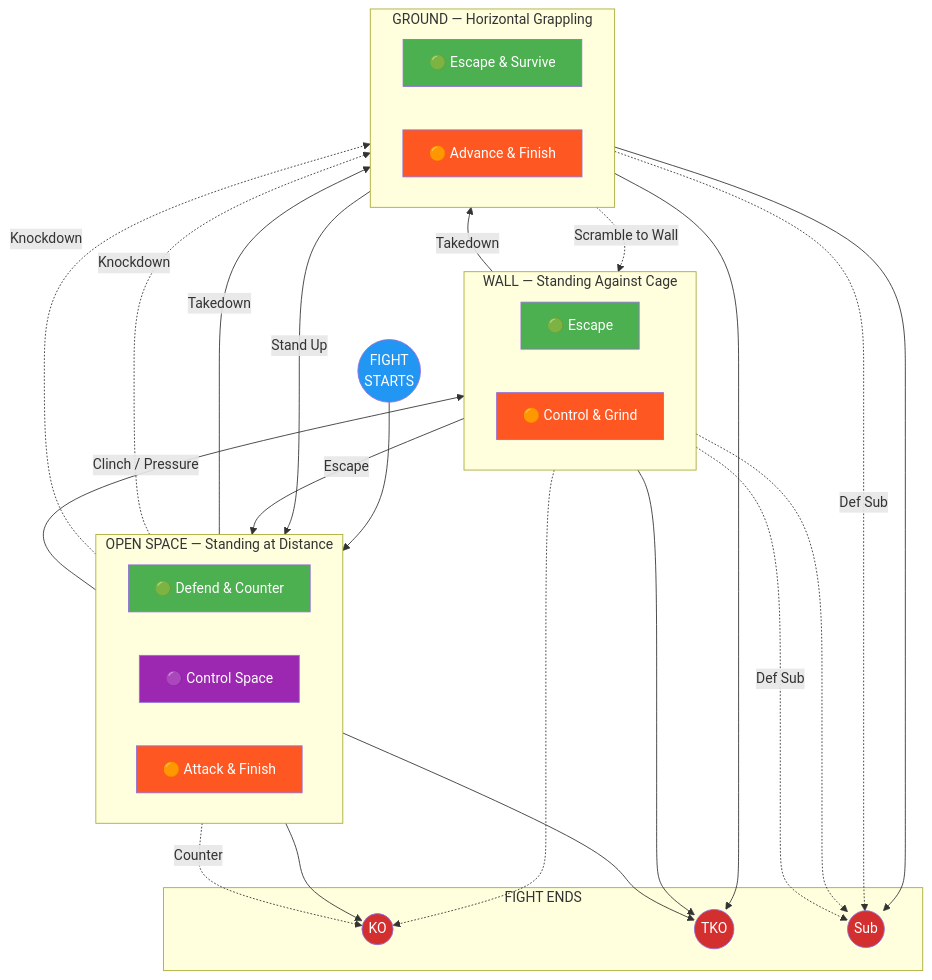
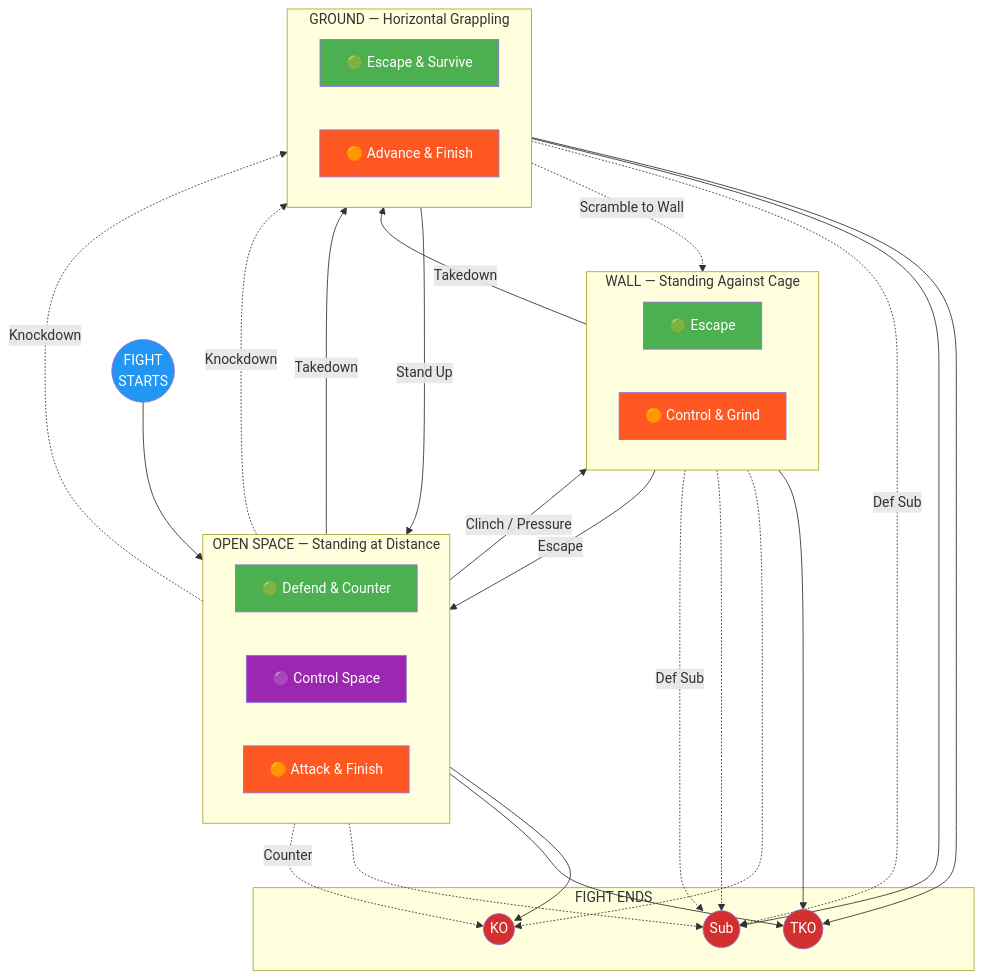
Before and after one commit to ACalienes/Ecological-MMA-Game-System: the diagram in docs/index.md, drawn with Mermaid. The commit also changed 1 other file, not shown here.

Commit message:
Add standing submission path from open space
Standing submissions (guillotine, flying submissions, standing RNC) can
finish fights in open space without going to wall or ground first.
Rare but real - added as dotted path.

Changes:
- index.md: Add O_ATK -.-> SUB
- map.md: Add SO -.-> SUB

````diff
--- a/docs/index.md
+++ b/docs/index.md
@@ -69,74 +69,75 @@
 ```mermaid
 flowchart TB
     START((FIGHT<br>STARTS)) --> OPEN
 
     subgraph OPEN["OPEN SPACE — Standing at Distance"]
         direction LR
         O_DEF["🟢 Defend & Counter"]
         O_CTL["🟣 Control Space"]
         O_ATK["🟠 Attack & Finish"]
     end
 
     subgraph WALL["WALL — Standing Against Cage"]
         direction LR
         W_DEF["🟢 Escape"]
         W_ATK["🟠 Control & Grind"]
     end
 
     subgraph GROUND["GROUND — Horizontal Grappling"]
         direction LR
         G_DEF["🟢 Escape & Survive"]
         G_ATK["🟠 Advance & Finish"]
     end
 
     subgraph FINISH["FIGHT ENDS"]
         KO((KO))
         TKO((TKO))
         SUB((Sub))
     end
 
     %% Transitions between positions
     OPEN -->|"Clinch / Pressure"| WALL
     OPEN -->|"Takedown"| GROUND
     WALL -->|"Escape"| OPEN
     WALL -->|"Takedown"| GROUND
     GROUND -->|"Stand Up"| OPEN
     GROUND -.->|"Scramble to Wall"| WALL
 
     %% Knockdown paths (striking leads to ground)
     O_ATK -.->|"Knockdown"| GROUND
     O_DEF -.->|"Knockdown"| GROUND
 
     %% Paths to finish
     O_ATK --> KO
     O_ATK --> TKO
+    O_ATK -.-> SUB
     W_ATK --> TKO
     W_ATK -.-> KO
     W_ATK -.-> SUB
     G_ATK --> TKO
     G_ATK --> SUB
     O_DEF -.->|"Counter"| KO
     G_DEF -.->|"Def Sub"| SUB
     W_DEF -.->|"Def Sub"| SUB
 
     %% Styling
     style START fill:#2196F3,color:#fff
     style O_DEF fill:#4CAF50,color:#fff
     style O_CTL fill:#9C27B0,color:#fff
     style O_ATK fill:#FF5722,color:#fff
     style W_DEF fill:#4CAF50,color:#fff
     style W_ATK fill:#FF5722,color:#fff
     style G_DEF fill:#4CAF50,color:#fff
     style G_ATK fill:#FF5722,color:#fff
     style KO fill:#D32F2F,color:#fff
     style TKO fill:#D32F2F,color:#fff
     style SUB fill:#D32F2F,color:#fff
 
     click O_DEF "#open-space-defensive"
     click O_CTL "#open-space-control"
     click O_ATK "#open-space-offensive"
     click W_DEF "#wall-defensive"
     click W_ATK "#wall-offensive"
     click G_DEF "#ground-defensive"
     click G_ATK "#ground-offensive"
 ```
````
